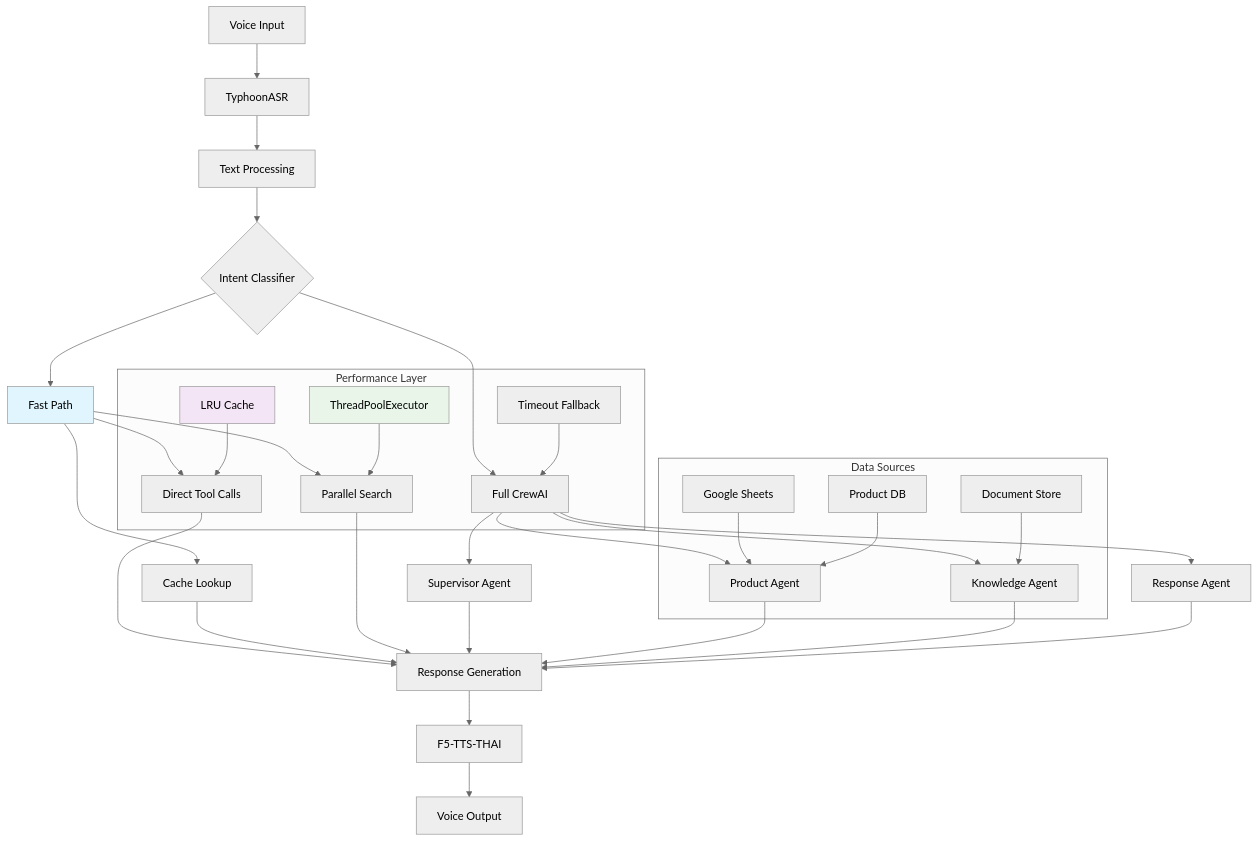
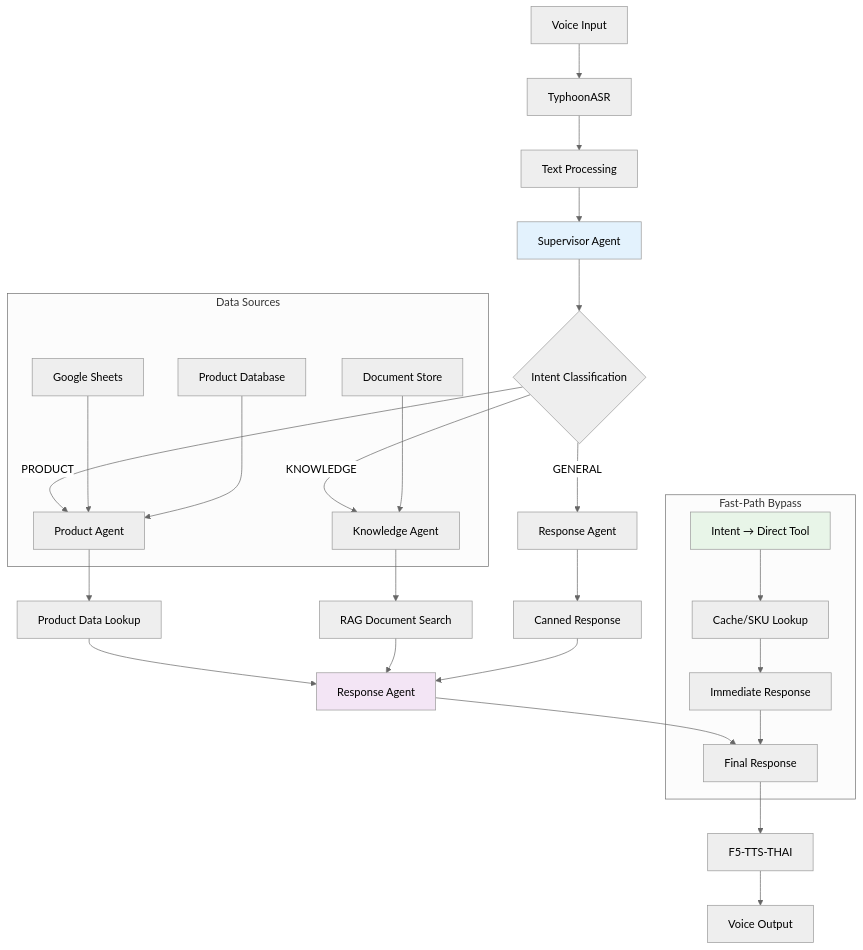
The diagram in README.md (Celesca/MANJU), drawn with Mermaid (neutral theme) before and after one commit. The commit also changed other lines of this file, not shown here.

Commit message:
add: README.md

````diff
--- a/README.md
+++ b/README.md
@@ -35,45 +35,39 @@
 ```mermaid
-graph TB
+graph TD
     A[Voice Input] --> B[TyphoonASR]
     B --> C[Text Processing]
-    C --> D{Intent Classifier}
+    C --> D[Supervisor Agent]
+    D --> E{Intent Classification}
 
-    D --> E[Fast Path]
-    D --> F[Full CrewAI]
+    E -->|PRODUCT| F[Product Agent]
+    E -->|KNOWLEDGE| G[Knowledge Agent]
+    E -->|GENERAL| H[Response Agent]
 
-    E --> G[Direct Tool Calls]
-    E --> H[Cache Lookup]
-    E --> I[Parallel Search]
+    F --> I[Product Data Lookup]
+    G --> J[RAG Document Search]
+    H --> K[Canned Response]
 
-    F --> J[Supervisor Agent]
-    F --> K[Product Agent]
-    F --> L[Knowledge Agent]
-    F --> M[Response Agent]
+    I --> L[Response Agent]
+    J --> L
+    K --> L
 
-    G --> N[Response Generation]
-    H --> N
-    I --> N
-    J --> N
-    K --> N
-    L --> N
-    M --> N
+    L --> M[Final Response]
+    M --> N[F5-TTS-THAI]
+    N --> O[Voice Output]
 
-    N --> O[F5-TTS-THAI]
-    O --> P[Voice Output]
-
-    subgraph "Performance Layer"
-        Q[LRU Cache] --> G
-        R[ThreadPoolExecutor] --> I
-        S[Timeout Fallback] --> F
+    subgraph "Fast-Path Bypass"
+        P[Intent → Direct Tool] --> Q[Cache/SKU Lookup]
+        Q --> R[Immediate Response]
+        R --> M
     end
 
     subgraph "Data Sources"
-        T[Google Sheets] --> K
-        U[Document Store] --> L
-        V[Product DB] --> K
+        S[Google Sheets] --> F
+        T[Document Store] --> G
+        U[Product Database] --> F
     end
 
-    style E fill:#e1f5fe
-    style Q fill:#f3e5f5
-    style R fill:#e8f5e8
+    style D fill:#e3f2fd
+    style L fill:#f3e5f5
+    style P fill:#e8f5e8
 ```
````
